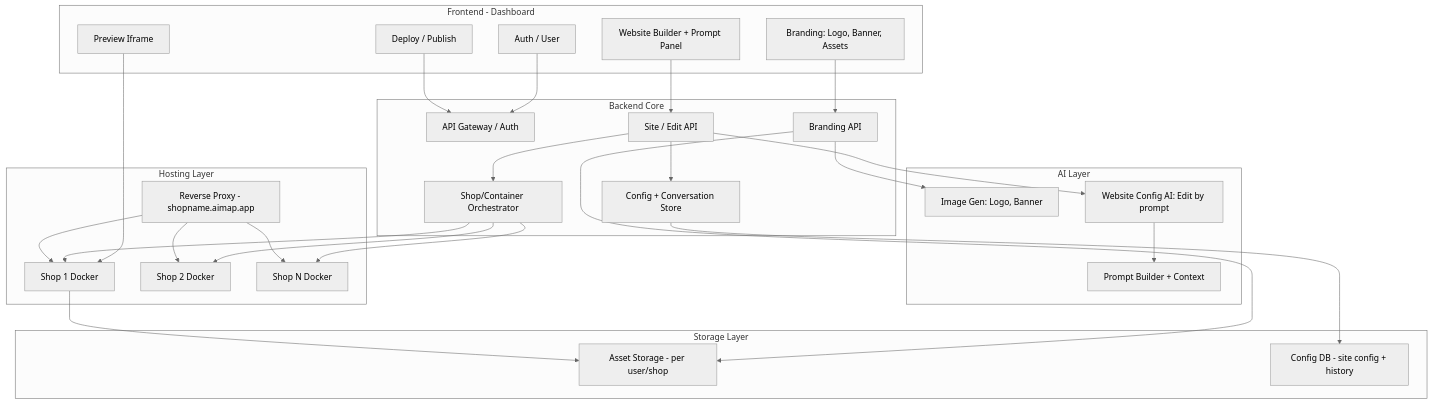
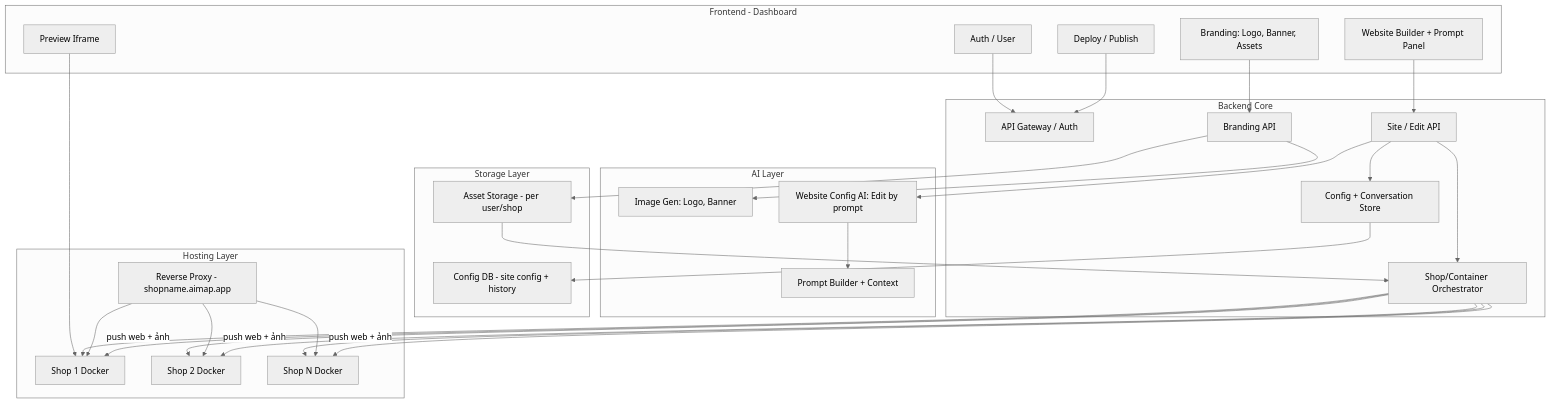
The first of 2 diagrams in READ_CONTEXT/AIMAP-Architecture-VN.md (medu1122/Captone2), drawn with Mermaid (neutral theme) before and after one commit. The commit also changed other lines of this file and 2 other files, not shown here.

````diff
--- a/READ_CONTEXT/AIMAP-Architecture-VN.md
+++ b/READ_CONTEXT/AIMAP-Architecture-VN.md
@@ -32,56 +32,59 @@
 ```mermaid
 flowchart TB
   subgraph client [Frontend - Dashboard]
     Auth[Auth / User]
     BrandingUI[Branding: Logo, Banner, Assets]
     WebBuilder[Website Builder + Prompt Panel]
     Preview[Preview Iframe]
     DeployUI[Deploy / Publish]
   end
 
   subgraph backend [Backend Core]
     Gateway[API Gateway / Auth]
     BrandingAPI[Branding API]
     SiteAPI[Site / Edit API]
     ConfigStore[Config + Conversation Store]
     Orchestrator[Shop/Container Orchestrator]
   end
 
   subgraph ai [AI Layer]
     ImageAI[Image Gen: Logo, Banner]
     WebAI[Website Config AI: Edit by prompt]
     PromptBuilder[Prompt Builder + Context]
   end
 
   subgraph storage [Storage Layer]
     AssetStore[Asset Storage - per user/shop]
     ConfigDB[Config DB - site config + history]
   end
 
   subgraph hosting [Hosting Layer]
     Proxy[Reverse Proxy - shopname.aimap.app]
     D1[Shop 1 Docker]
     D2[Shop 2 Docker]
     Dn[Shop N Docker]
   end
 
   Auth --> Gateway
   BrandingUI --> BrandingAPI
   WebBuilder --> SiteAPI
   Preview --> D1
   DeployUI --> Gateway
   BrandingAPI --> ImageAI
   BrandingAPI --> AssetStore
   SiteAPI --> WebAI
   SiteAPI --> ConfigStore
   WebAI --> PromptBuilder
   ConfigStore --> ConfigDB
   SiteAPI --> Orchestrator
   Orchestrator --> D1
   Orchestrator --> D2
   Orchestrator --> Dn
   Proxy --> D1
   Proxy --> D2
   Proxy --> Dn
-  D1 --> AssetStore
+  Orchestrator -->|push web + ảnh| D1
+  Orchestrator -->|push web + ảnh| D2
+  Orchestrator -->|push web + ảnh| Dn
+  AssetStore --> Orchestrator
 ```
````
